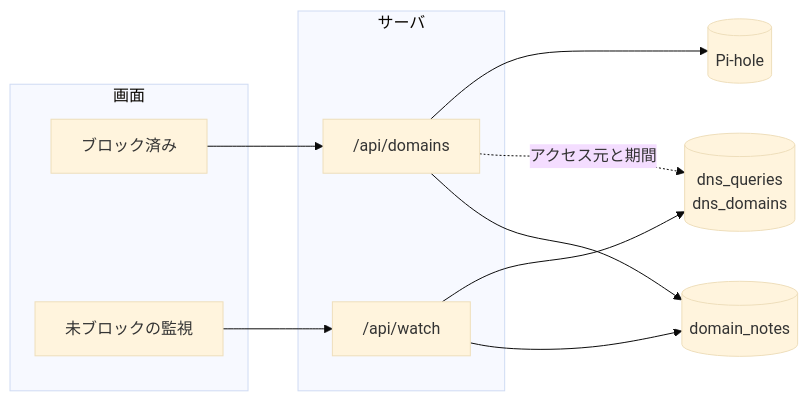
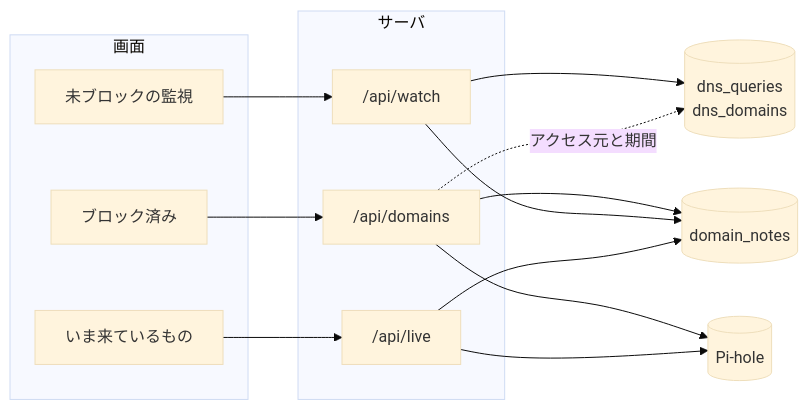
One commit to rtcode337/pihole-monitor changed the third of 6 diagrams in docs/architecture.md. Above: the diagram before and after it, drawn with Mermaid (base theme). The commit also changed other lines of this file and 7 other files, not shown here.

````diff
--- a/docs/architecture.md
+++ b/docs/architecture.md
@@ -142,20 +142,24 @@
 ```mermaid
 flowchart LR
     subgraph 画面
       T1[ブロック済み]
       T2[未ブロックの監視]
+      T3[いま来ているもの]
     end
     subgraph サーバ
       A["/api/domains"]
       W["/api/watch"]
+      L["/api/live"]
     end
     P[(Pi-hole)]
     Q[(dns_queries<br/>dns_domains)]
     N[(domain_notes)]
 
     T1 --> A --> P
     T2 --> W --> Q
+    T3 --> L --> P
     A -.->|アクセス元と期間| Q
     A --> N
     W --> N
+    L --> N
 ```
````
